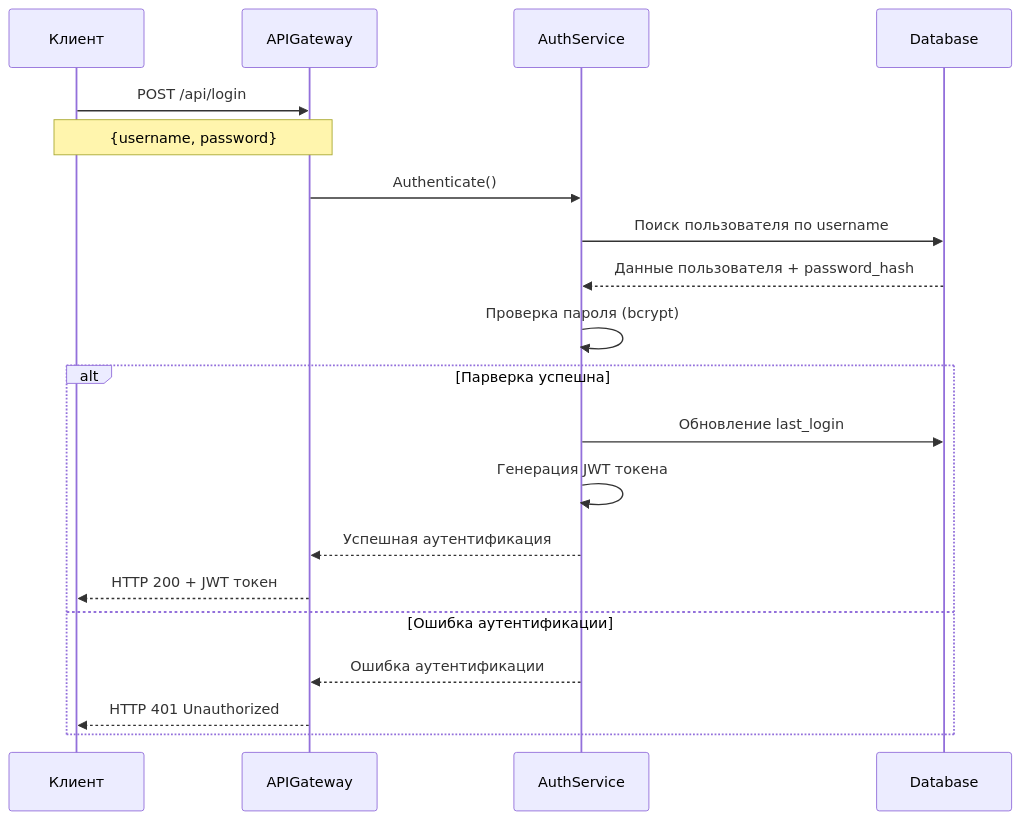
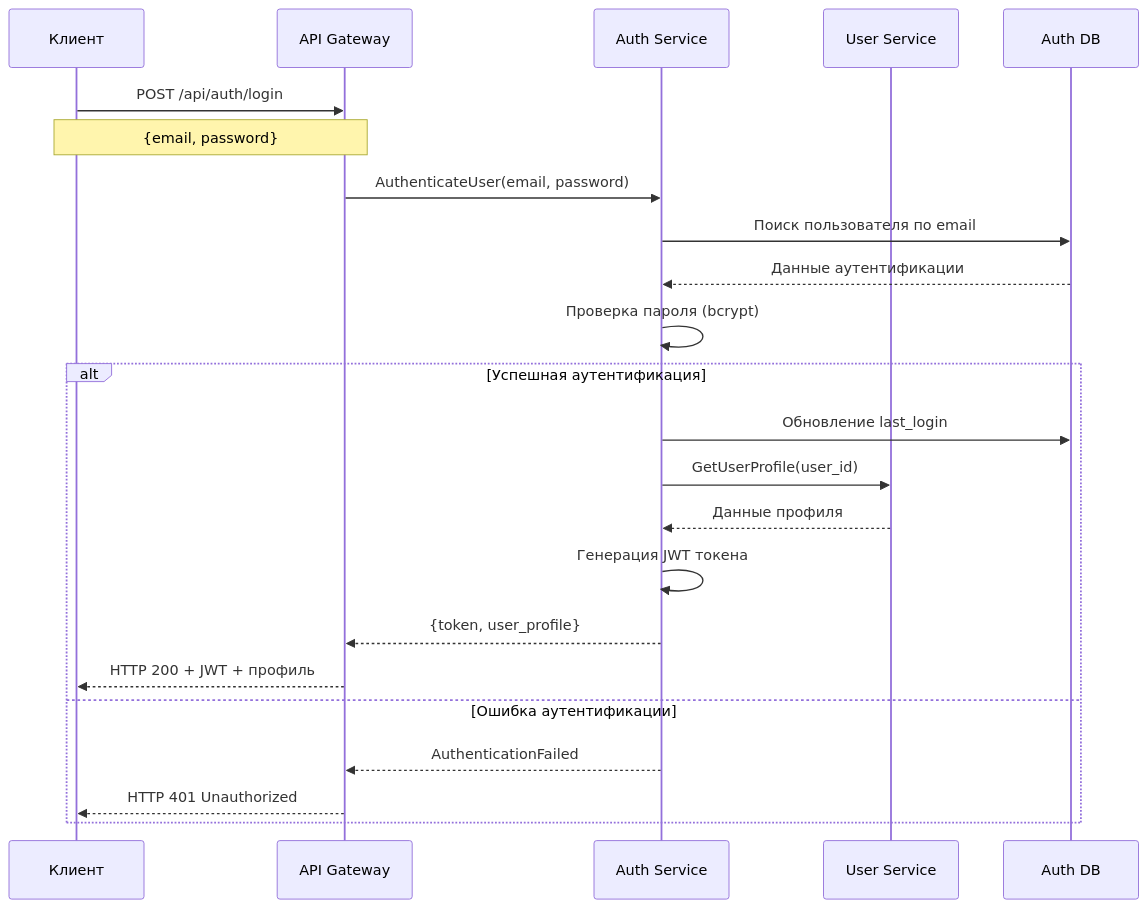
One commit to BALLUUNN/zavozwww changed the third of 8 diagrams in docs/tr.md. Above: the diagram before and after it, drawn with Mermaid. The commit also changed other lines of this file, not shown here.

````diff
--- a/docs/tr.md
+++ b/docs/tr.md
@@ -446,26 +437,29 @@
 ```mermaid
 sequenceDiagram
     participant Клиент
-    participant APIGateway
-    participant AuthService
-    participant DB as Database
+    participant GW as API Gateway
+    participant AUTH as Auth Service
+    participant USER as User Service
+    participant AUTH_DB as Auth DB
 
-    Клиент->>APIGateway: POST /api/login
-    Note over Клиент,APIGateway: {username, password}
+    Клиент->>GW: POST /api/auth/login
+    Note over Клиент,GW: {email, password}
     
-    APIGateway->>AuthService: Authenticate()
+    GW->>AUTH: AuthenticateUser(email, password)
     
-    AuthService->>DB: Поиск пользователя по username
-    DB-->>AuthService: Данные пользователя + password_hash
+    AUTH->>AUTH_DB: Поиск пользователя по email
+    AUTH_DB-->>AUTH: Данные аутентификации
     
-    AuthService->>AuthService: Проверка пароля (bcrypt)
-    alt Парверка успешна
-        AuthService->>DB: Обновление last_login
-        AuthService->>AuthService: Генерация JWT токена
-        AuthService-->>APIGateway: Успешная аутентификация
-        APIGateway-->>Клиент: HTTP 200 + JWT токен
+    AUTH->>AUTH: Проверка пароля (bcrypt)
+    alt Успешная аутентификация
+        AUTH->>AUTH_DB: Обновление last_login
+        AUTH->>USER: GetUserProfile(user_id)
+        USER-->>AUTH: Данные профиля
+        AUTH->>AUTH: Генерация JWT токена
+        AUTH-->>GW: {token, user_profile}
+        GW-->>Клиент: HTTP 200 + JWT + профиль
     else Ошибка аутентификации
-        AuthService-->>APIGateway: Ошибка аутентификации
-        APIGateway-->>Клиент: HTTP 401 Unauthorized
+        AUTH-->>GW: AuthenticationFailed
+        GW-->>Клиент: HTTP 401 Unauthorized
     end
 ```
````
